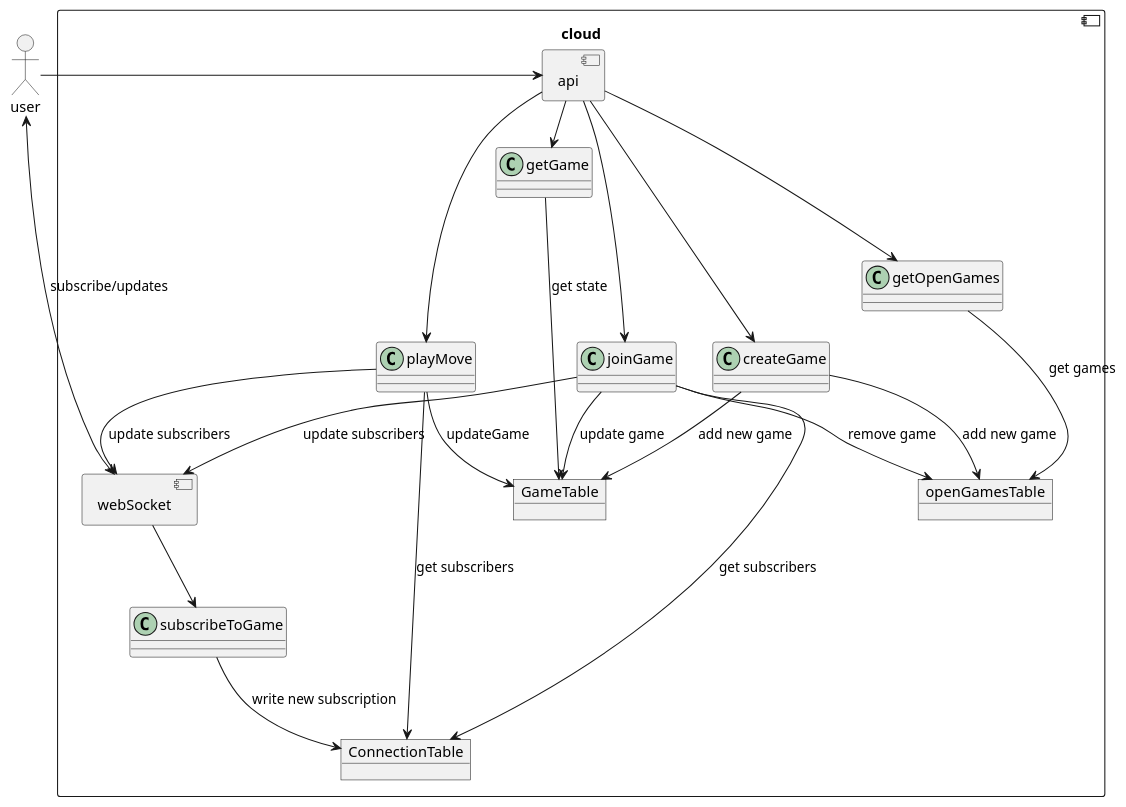
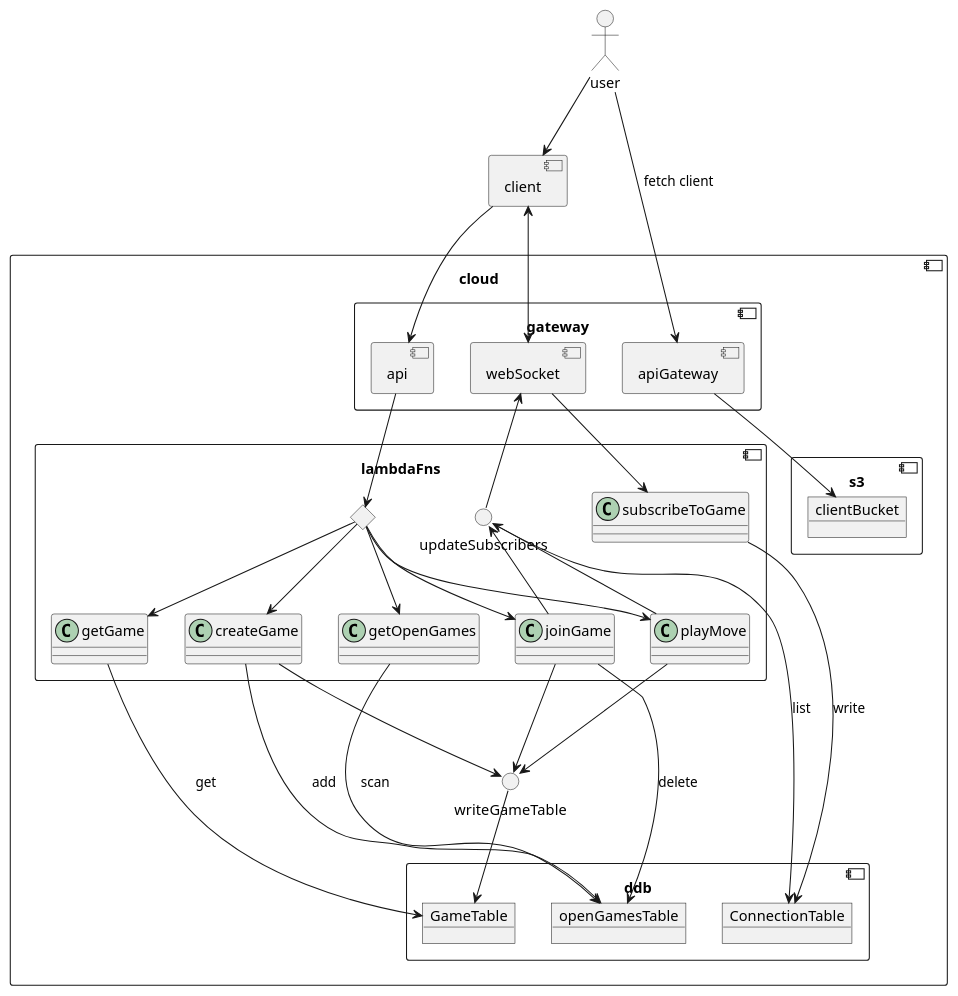
Before and after one commit to alphazeba/shobuLink: the diagram in architecture.wsd, drawn with PlantUML. The commit also changed 3 other files, not shown here.

```diff
--- a/architecture.wsd
+++ b/architecture.wsd
@@ -1,49 +1,73 @@
 @startuml
 allow_mixing
 
 actor user
+component client
 
 component cloud {
-    component api
-    component webSocket
+    component gateway {
+        component api
+        component webSocket
+        component apiGateway
+    }
 
-    class getGame
-    class playMove
-    class subscribeToGame
-    class createGame
-    class getOpenGames
-    class joinGame
+    component s3 {
+        object clientBucket
+    }
 
-    object GameTable
-    object ConnectionTable
-    object openGamesTable
+    component lambdaFns {
+        class getGame
+        class playMove
+        class subscribeToGame
+        class createGame
+        class getOpenGames
+        class joinGame
+
+        diamond apiDiamond
+        circle updateSubscribers
+    }
+
+    component ddb {
+        object GameTable
+        object ConnectionTable
+        object openGamesTable
+    }
+
+    circle writeGameTable
 }
 
-user -> api
-user <-> webSocket: subscribe/updates
+apiGateway --> clientBucket
+user --> client
+user --> apiGateway: fetch client
+client --> api
+client <--> webSocket
 
-api -> getGame
-getGame --> GameTable: get state
+apiDiamond --> getGame
+getGame --> GameTable: get
 
-api -> playMove
-playMove --> GameTable: updateGame
-playMove --> ConnectionTable: get subscribers
-playMove -> webSocket: update subscribers
+apiDiamond --> playMove
+playMove --> writeGameTable
+playMove -up-> updateSubscribers
 
-api -> createGame
-createGame --> openGamesTable: add new game
-createGame --> GameTable: add new game
+apiDiamond --> createGame
+createGame --> openGamesTable: add
+createGame --> writeGameTable
 
-api --> getOpenGames
-getOpenGames --> openGamesTable: get games
+apiDiamond --> getOpenGames
+getOpenGames --> openGamesTable: scan
 
-api ---> joinGame
-joinGame --> GameTable: update game
-joinGame --> openGamesTable: remove game
-joinGame -> ConnectionTable: get subscribers
-joinGame --> webSocket: update subscribers
+apiDiamond --> joinGame
+joinGame --> writeGameTable
+joinGame --> openGamesTable: delete
+joinGame -up-> updateSubscribers
 
 webSocket --> subscribeToGame
-subscribeToGame --> ConnectionTable: write new subscription
+subscribeToGame -> ConnectionTable: write
+
+updateSubscribers --> ConnectionTable: list
+updateSubscribers -up-> webSocket
+
+writeGameTable --> GameTable
+api --> apiDiamond
 
 @enduml
```
